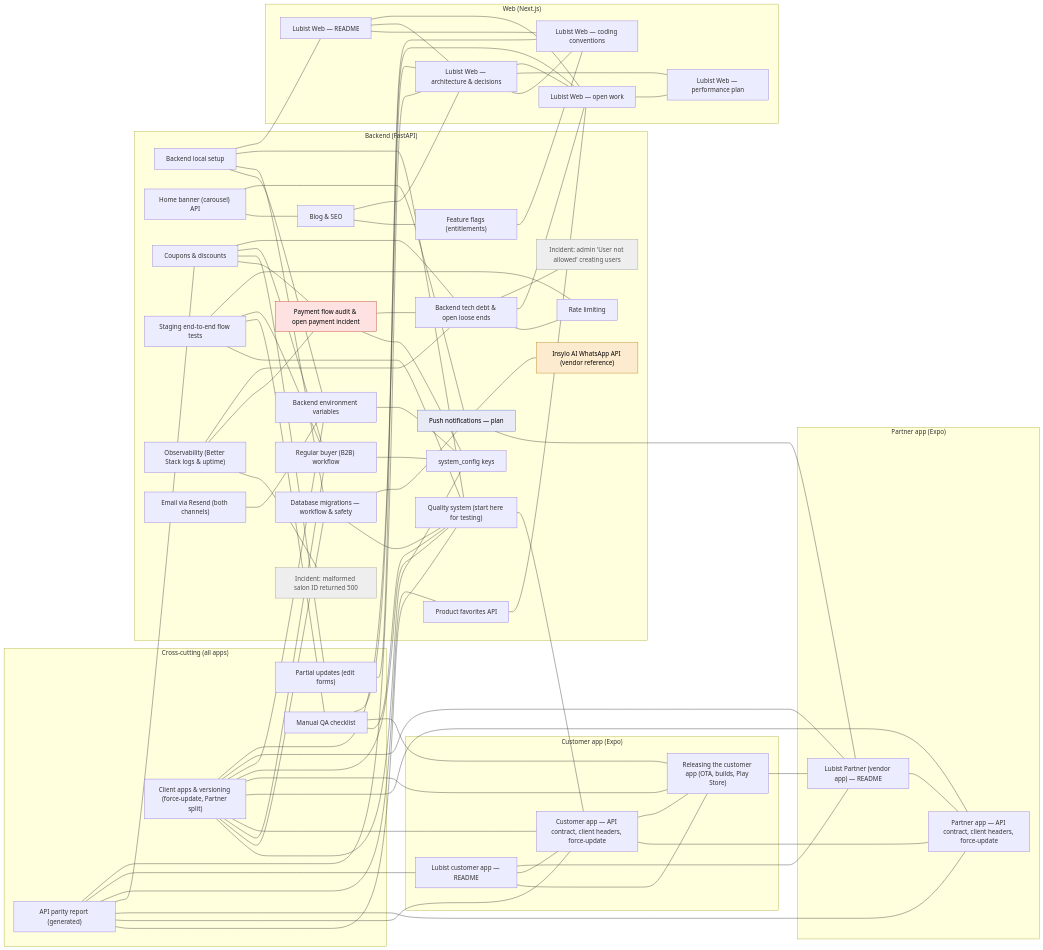
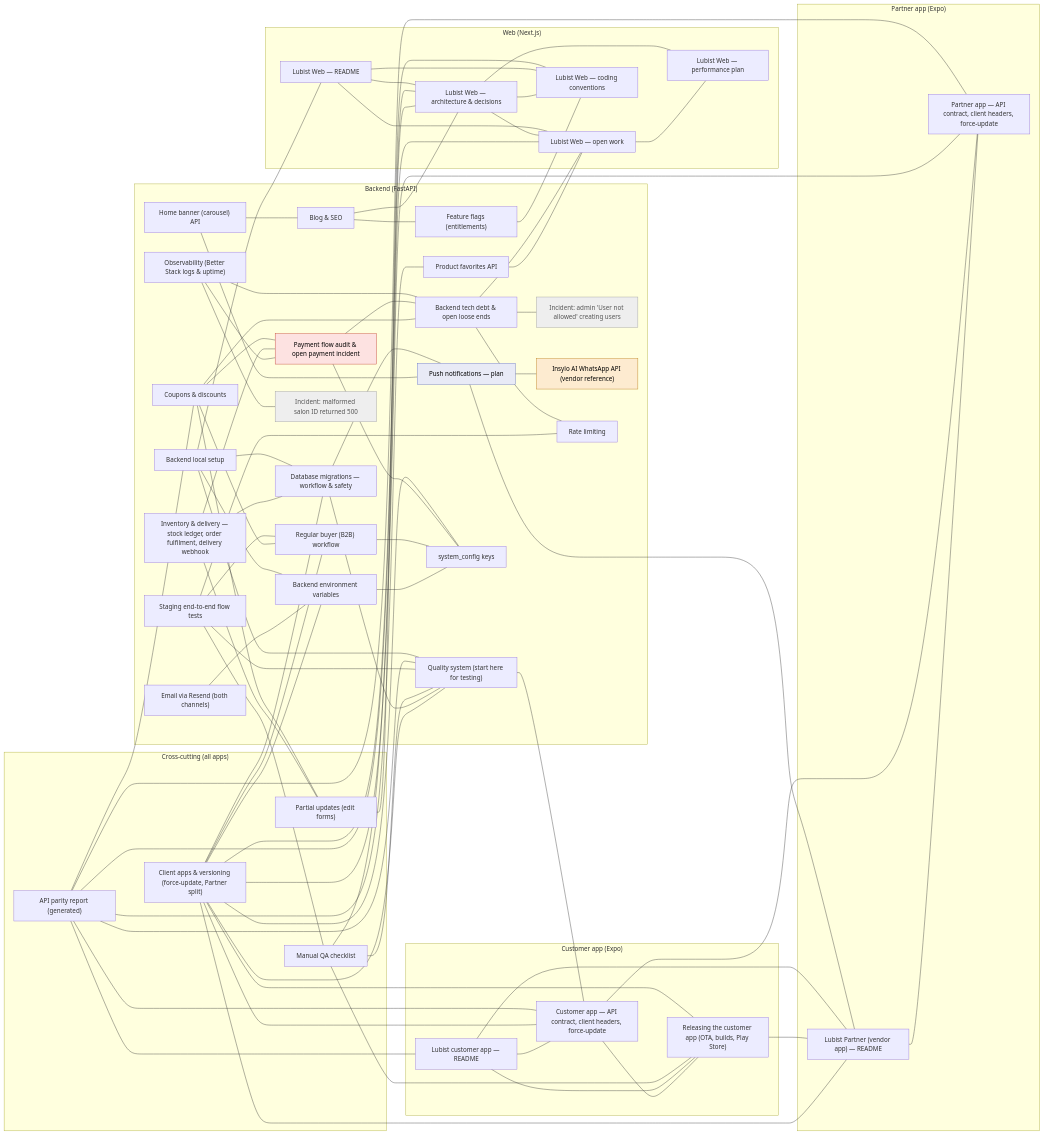
One commit to ve-sca-via/salon-backend changed the diagram in docs/DOCS_HUB.md. Above: the diagram before and after it, drawn with Mermaid. The commit also changed other lines of this file and 17 other files, not shown here.

First line of the commit message:
Add product inventory ledger, order fulfilment rules and delivery webhook

```diff
--- a/docs/DOCS_HUB.md
+++ b/docs/DOCS_HUB.md
@@ -86,6 +86,7 @@
     backend_docs_COUPONS_md["Coupons & discounts"]
     backend_docs_E2E_TESTING_md["Staging end-to-end flow tests"]
     backend_docs_FEATURE_FLAGS_md["Feature flags (entitlements)"]
+    backend_docs_INVENTORY_AND_DELIVERY_md["Inventory & delivery — stock ledger, order fulfilment, delivery webhook"]
     backend_docs_MIGRATION_SAFETY_md["Database migrations — workflow & safety"]
     backend_docs_NOTIFICATIONS_FEATURE_PLAN_md["Push notifications — plan"]
     backend_docs_OBSERVABILITY_md["Observability (Better Stack logs & uptime)"]
@@ -139,6 +140,9 @@
   backend_docs_E2E_TESTING_md --- backend_docs_QUALITY_SYSTEM_md
   backend_docs_E2E_TESTING_md --- backend_docs_MANUAL_QA_CHECKLIST_md
   backend_docs_E2E_TESTING_md --- backend_docs_REGULAR_BUYER_WORKFLOW_md
+  backend_docs_INVENTORY_AND_DELIVERY_md --- backend_docs_MIGRATION_SAFETY_md
+  backend_docs_INVENTORY_AND_DELIVERY_md --- backend_docs_PARTIAL_UPDATES_md
+  backend_docs_INVENTORY_AND_DELIVERY_md --- backend_docs_PAYMENT_FLOW_AUDIT_md
   backend_docs_MANUAL_QA_CHECKLIST_md --- backend_docs_QUALITY_SYSTEM_md
   backend_docs_MANUAL_QA_CHECKLIST_md --- lubist_mobile_application_docs_RELEASING_md
   backend_docs_MIGRATION_SAFETY_md --- backend_docs_QUALITY_SYSTEM_md
@@ -195,6 +199,7 @@
   click backend_docs_COUPONS_md "COUPONS.md"
   click backend_docs_E2E_TESTING_md "E2E_TESTING.md"
   click backend_docs_FEATURE_FLAGS_md "FEATURE_FLAGS.md"
+  click backend_docs_INVENTORY_AND_DELIVERY_md "INVENTORY_AND_DELIVERY.md"
   click backend_docs_MANUAL_QA_CHECKLIST_md "MANUAL_QA_CHECKLIST.md"
   click backend_docs_MIGRATION_SAFETY_md "MIGRATION_SAFETY.md"
   click backend_docs_NOTIFICATIONS_FEATURE_PLAN_md "NOTIFICATIONS_FEATURE_PLAN.md"
```
